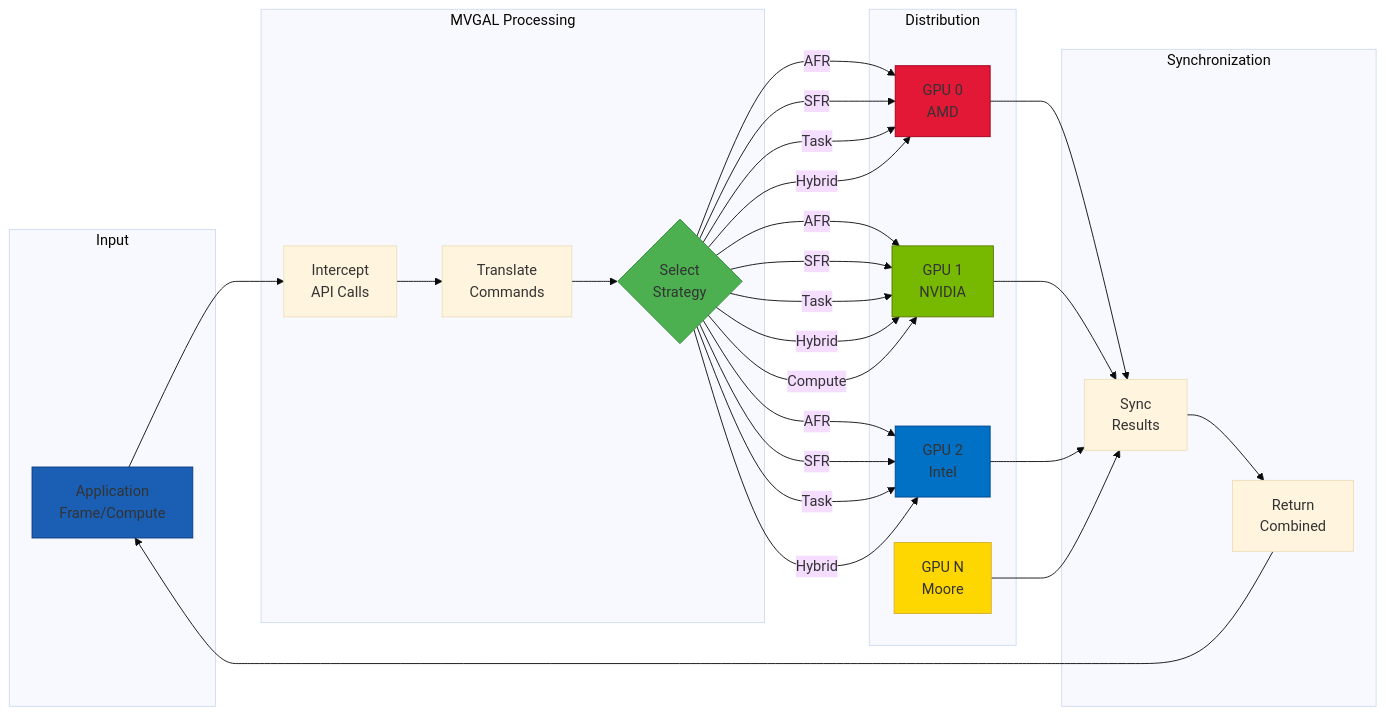
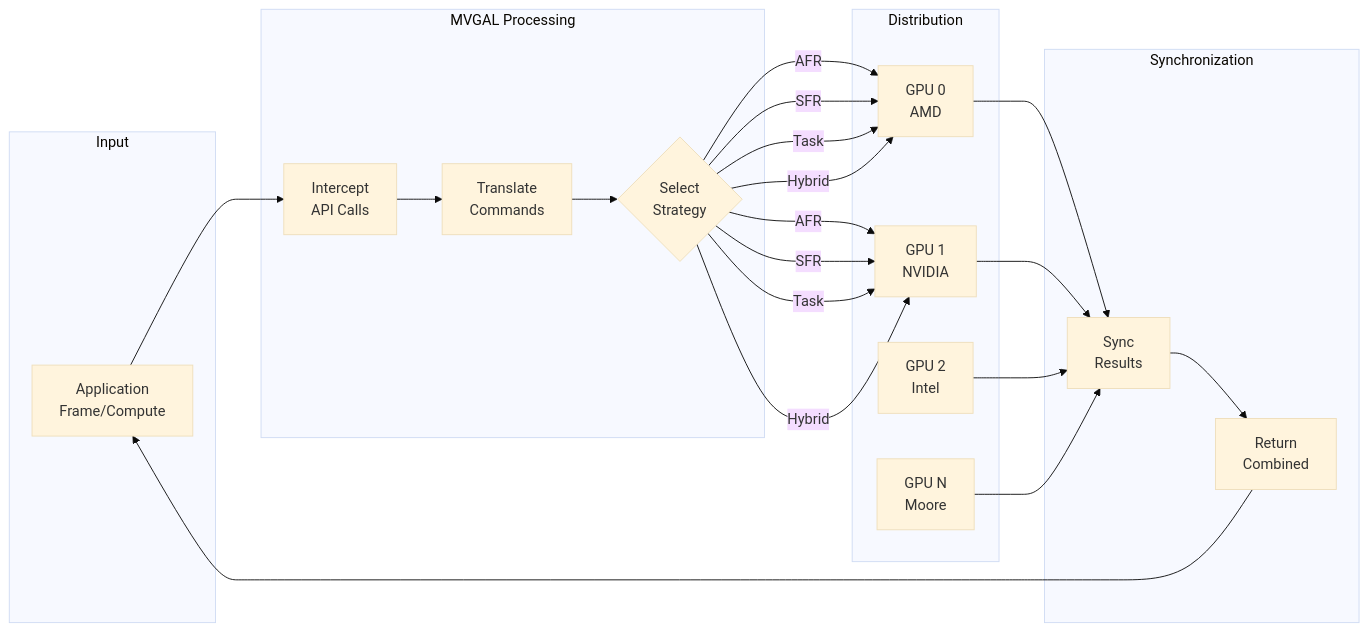
One commit to TheCreateGM/mvgal changed the second of 2 diagrams in README.md. Above: the diagram before and after it, drawn with Mermaid (base theme). The commit also changed other lines of this file and 457 other files, not shown here.

````diff
--- a/README.md
+++ b/README.md
@@ -455,66 +476,53 @@
 ```mermaid
 flowchart LR
     subgraph Input["Input"]
         A[Application
         Frame/Compute]
     end
     
     subgraph Processing["MVGAL Processing"]
         B[Intercept
         API Calls]
         C[Translate
         Commands]
         D{Select
         Strategy}
     end
     
     subgraph Distribution["Distribution"]
         E1[GPU 0
         AMD]
         E2[GPU 1
         NVIDIA]
         E3[GPU 2
         Intel]
         E4[GPU N
         Moore]
     end
     
     subgraph Sync["Synchronization"]
         F[Sync
         Results]
         G[Return
         Combined]
     end
     
     A --> B
     B --> C
     C --> D
-    
     D -->|AFR| E1
     D -->|AFR| E2
-    D -->|AFR| E3
     D -->|SFR| E1
     D -->|SFR| E2
-    D -->|SFR| E3
     D -->|Task| E1
     D -->|Task| E2
-    D -->|Task| E3
     D -->|Hybrid| E1
     D -->|Hybrid| E2
-    D -->|Hybrid| E3
-    D -->|Compute| E2
     
     E1 --> F
     E2 --> F
     E3 --> F
     E4 --> F
     F --> G
     G --> A
-    
-    style A fill:#1A5FB4,stroke:#0A3A80
-    style D fill:#4CAF50,stroke:#388E3C
-    style E1 fill:#E31837,stroke:#9E0019
-    style E2 fill:#76B900,stroke:#5A7800
-    style E3 fill:#0071C5,stroke:#00458C
-    style E4 fill:#FFD700,stroke:#D4AF37
 ```
````
